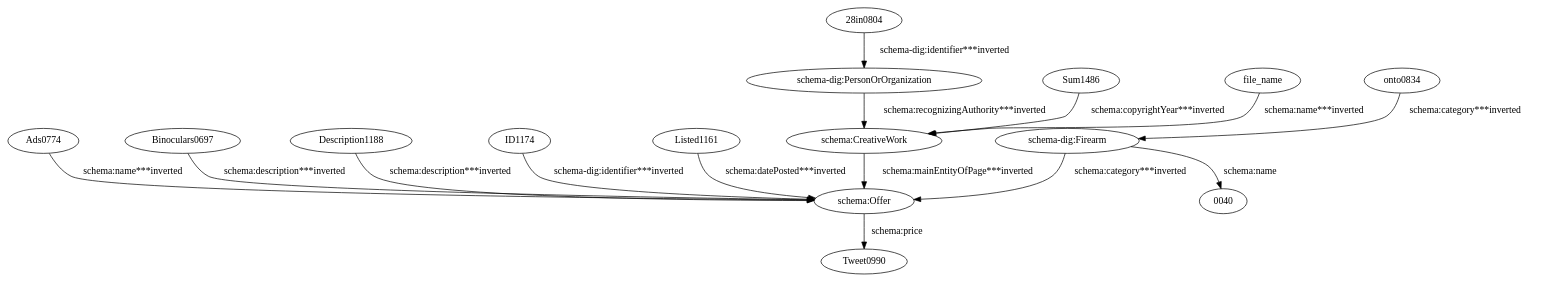
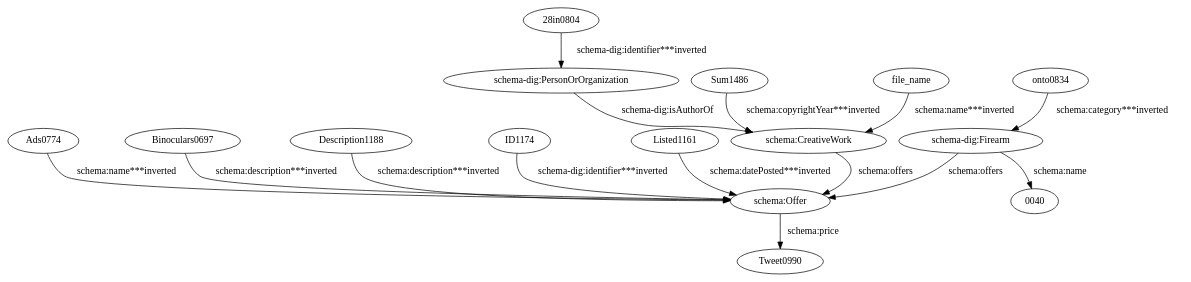
The diagram in data/taheriyan2016/task_04/semantic_models/steiner/dot/shooterswap.dot (giuseppefutia/semi), drawn with Graphviz before and after one commit. The commit also changed 119 other files, not shown here.

```diff
--- a/data/taheriyan2016/task_04/semantic_models/steiner/dot/shooterswap.dot
+++ b/data/taheriyan2016/task_04/semantic_models/steiner/dot/shooterswap.dot
@@ -1,31 +1,31 @@
 digraph {
   "28in0804" [type=attribute_name,label="28in0804"]
   "schema-dig:PersonOrOrganization1" [type=class_uri,label="schema-dig:PersonOrOrganization"]
   Ads0774 [type=attribute_name,label=Ads0774]
   "schema:Offer1" [type=class_uri,label="schema:Offer"]
   Binoculars0697 [type=attribute_name,label=Binoculars0697]
   Description1188 [type=attribute_name,label=Description1188]
   ID1174 [type=attribute_name,label=ID1174]
   Listed1161 [type=attribute_name,label=Listed1161]
   Sum1486 [type=attribute_name,label=Sum1486]
   "schema:CreativeWork1" [type=class_uri,label="schema:CreativeWork"]
   file_name [type=attribute_name,label=file_name]
   onto0834 [type=attribute_name,label=onto0834]
   "schema-dig:Firearm1" [type=class_uri,label="schema-dig:Firearm"]
   "0040" [type=attribute_name,label="0040"]
   Tweet0990 [type=attribute_name,label=Tweet0990]
   "28in0804" -> "schema-dig:PersonOrOrganization1" [type=st_property_uri,label="schema-dig:identifier***inverted",weight=1]
   Ads0774 -> "schema:Offer1" [type=st_property_uri,label="schema:name***inverted",weight=1]
   Binoculars0697 -> "schema:Offer1" [type=st_property_uri,label="schema:description***inverted",weight=1]
   Description1188 -> "schema:Offer1" [type=st_property_uri,label="schema:description***inverted",weight=1]
   ID1174 -> "schema:Offer1" [type=st_property_uri,label="schema-dig:identifier***inverted",weight=1]
   Listed1161 -> "schema:Offer1" [type=st_property_uri,label="schema:datePosted***inverted",weight=1]
   Sum1486 -> "schema:CreativeWork1" [type=st_property_uri,label="schema:copyrightYear***inverted",weight=1]
   file_name -> "schema:CreativeWork1" [type=st_property_uri,label="schema:name***inverted",weight=1]
   onto0834 -> "schema-dig:Firearm1" [type=st_property_uri,label="schema:category***inverted",weight=1]
   "schema-dig:Firearm1" -> "0040" [label="schema:name",type=st_property_uri]
-  "schema-dig:Firearm1" -> "schema:Offer1" [type=inherited,label="schema:category***inverted",weight=4]
-  "schema-dig:PersonOrOrganization1" -> "schema:CreativeWork1" [type=inherited,label="schema:recognizingAuthority***inverted",weight=4]
-  "schema:CreativeWork1" -> "schema:Offer1" [type=inherited,label="schema:mainEntityOfPage***inverted",weight=4]
+  "schema-dig:Firearm1" -> "schema:Offer1" [label="schema:offers",type=inherited,weight=4]
+  "schema-dig:PersonOrOrganization1" -> "schema:CreativeWork1" [label="schema-dig:isAuthorOf",type=direct_property_uri,weight=1]
+  "schema:CreativeWork1" -> "schema:Offer1" [label="schema:offers",type=direct_property_uri,weight=1]
   "schema:Offer1" -> Tweet0990 [label="schema:price",type=st_property_uri]
 }
```
